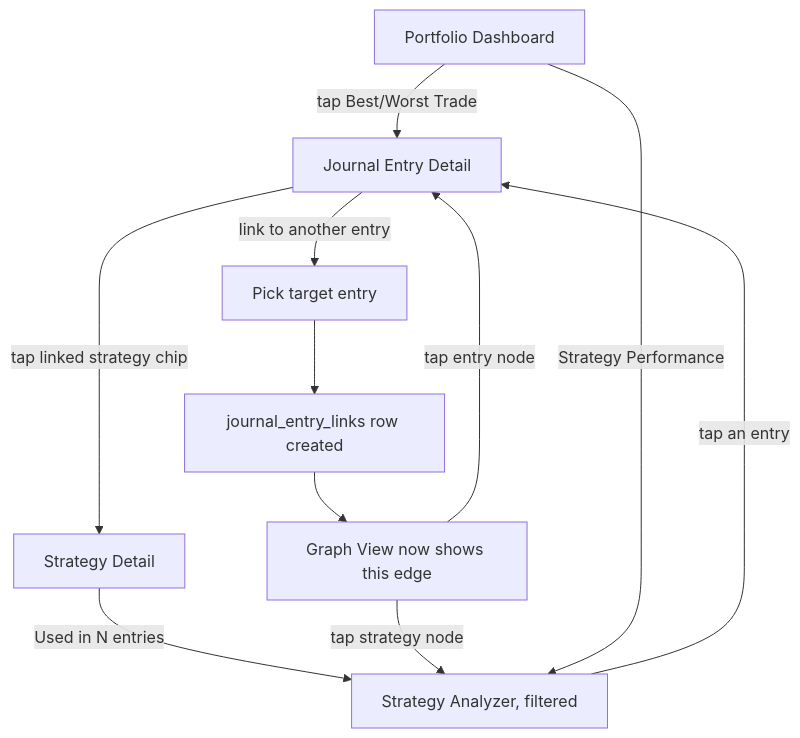
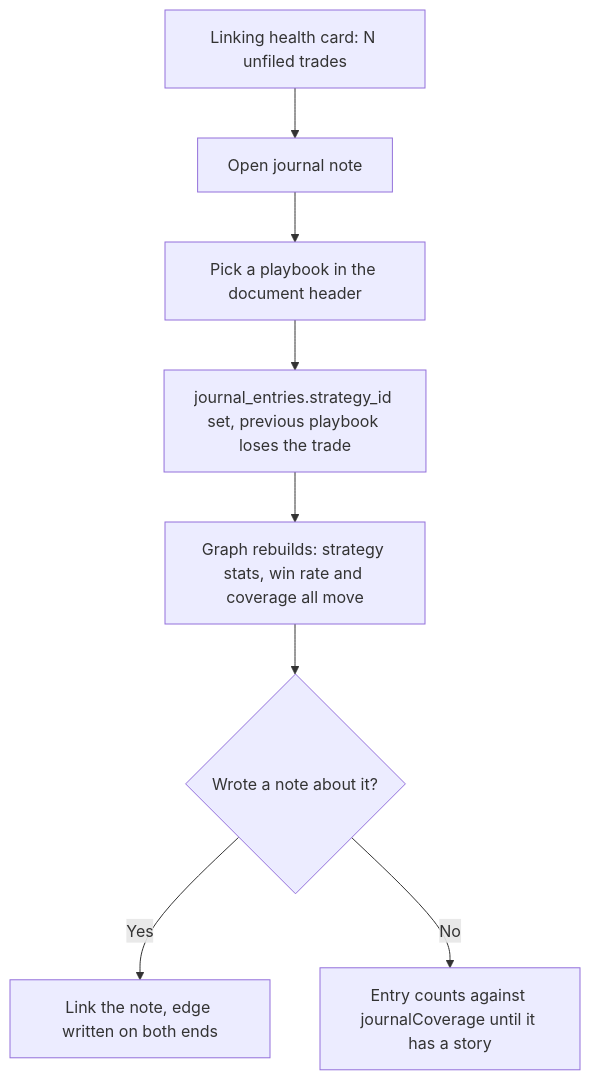
Before and after one commit to NK2552003/TradeX: the sixth of 7 diagrams in docs_/03-design/DYNAMIC_LINKING.md, drawn with Mermaid. The commit also changed other lines of this file and 365 other files, not shown here.

Commit message:
feat: redesign market, news, and strategy layouts to Yahoo Finance 3-column dashboard style

````diff
--- a/docs_/03-design/DYNAMIC_LINKING.md
+++ b/docs_/03-design/DYNAMIC_LINKING.md
@@ -110,12 +231,10 @@
 ```mermaid
 flowchart TD
-    A[Journal Entry Detail] -->|tap linked strategy chip| B[Strategy Detail]
-    B -->|"Used in N entries"| C[Strategy Analyzer, filtered]
-    C -->|tap an entry| A
-    A -->|"link to another entry"| D[Pick target entry] --> E[journal_entry_links row created]
-    E --> F[Graph View now shows this edge]
-    F -->|tap entry node| A
-    F -->|tap strategy node| C
-    G[Portfolio Dashboard] -->|tap Best/Worst Trade| A
-    G -->|Strategy Performance| C
+    A[Linking health card: N unfiled trades] --> B[Open journal note]
+    B --> C[Pick a playbook in the document header]
+    C --> D[journal_entries.strategy_id set, previous playbook loses the trade]
+    D --> E[Graph rebuilds: strategy stats, win rate and coverage all move]
+    E --> F{Wrote a note about it?}
+    F -- Yes --> G[Link the note, edge written on both ends]
+    F -- No --> H[Entry counts against journalCoverage until it has a story]
 ```
````
